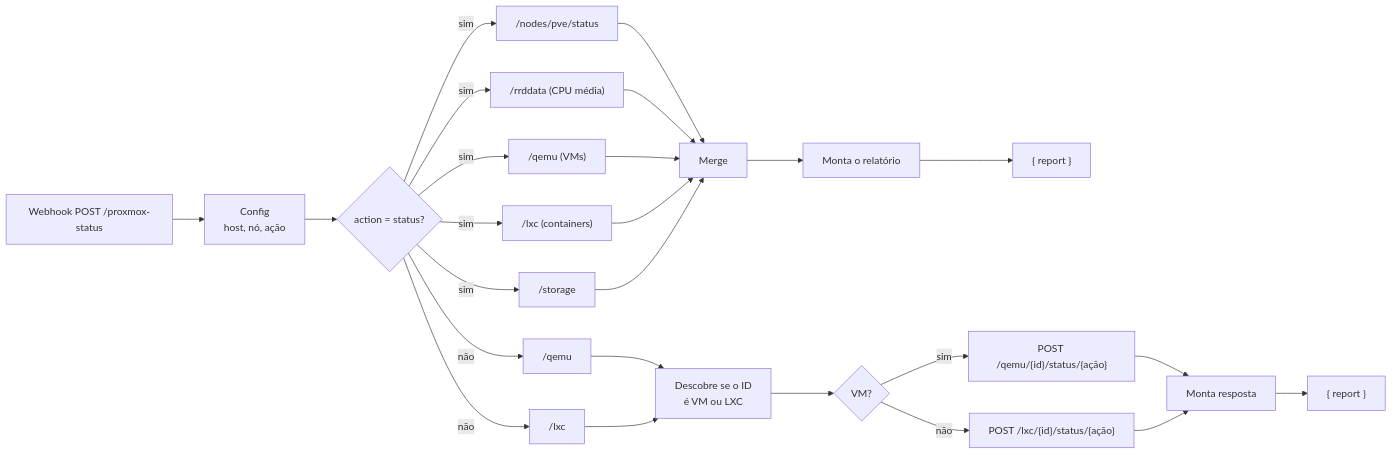
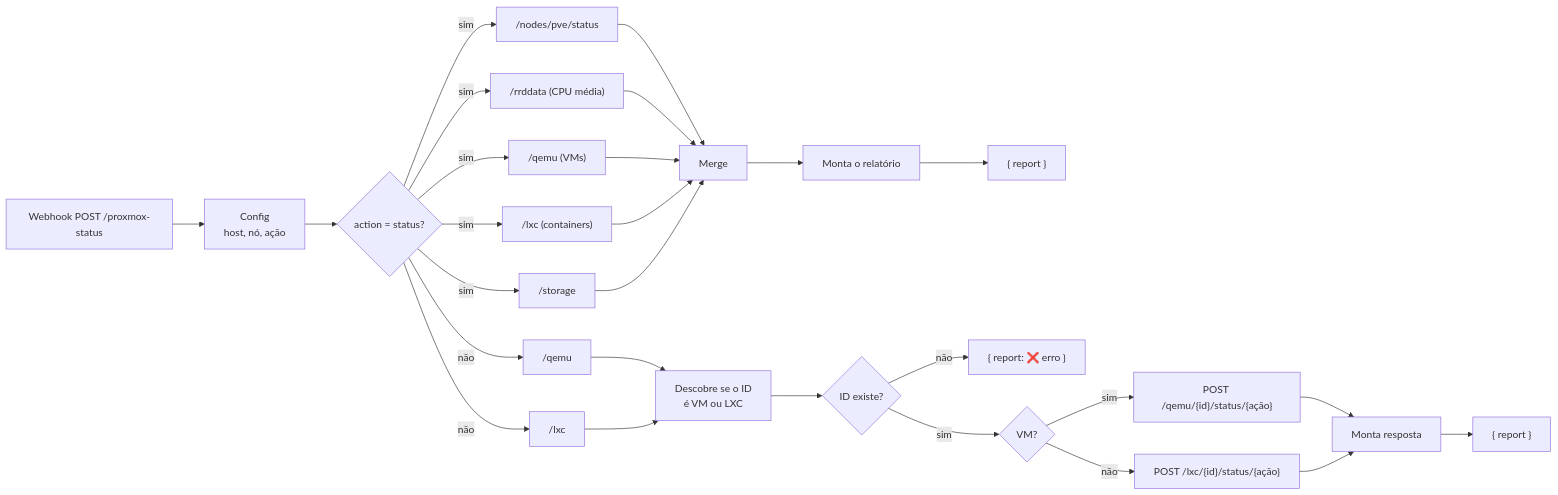
The diagram in n8n-workflows/proxmox-dashboard/README.md (xFnd/homelab-automations), drawn with Mermaid before and after one commit. The commit also changed other lines of this file and 1 other file, not shown here.

Commit message:
Proxmox: stop desliga pelo SO e erros de ação chegam no Discord
- !proxmox stop agora chama status/shutdown (desligamento pelo sistema
  operacional) em vez de status/stop, que cortava a energia na hora
- Detect Type não usa mais throw: ID inexistente, ação inválida ou
  Proxmox inacessível viram um { report } legível. Antes o workflow
  falhava antes do Respond, o n8n devolvia erro genérico e o bot
  mostrava "verifique se o workflow está ativo"
- Novo nó IF Target Found desvia os erros direto pro Respond Action
- Wrap VM/LXC List marcam se a listagem funcionou, pra diferenciar
  "ID não existe" de "não consegui falar com o Proxmox"
- README do workflow atualizado

Claude-Session: https://claude.ai/code/session_01RnebgmcBLzff2nxQ5Tr6ji

````diff
--- a/n8n-workflows/proxmox-dashboard/README.md
+++ b/n8n-workflows/proxmox-dashboard/README.md
@@ -7,19 +7,21 @@
 ```mermaid
 flowchart LR
     W["Webhook POST /proxmox-status"] --> C["Config<br/>host, nó, ação"]
     C --> S{"action = status?"}
 
     S -- sim --> N1["/nodes/pve/status"] --> M["Merge"]
     S -- sim --> N2["/rrddata (CPU média)"] --> M
     S -- sim --> N3["/qemu (VMs)"] --> M
     S -- sim --> N4["/lxc (containers)"] --> M
     S -- sim --> N5["/storage"] --> M
     M --> F["Monta o relatório"] --> R1["{ report }"]
 
     S -- não --> A1["/qemu"] --> D["Descobre se o ID<br/>é VM ou LXC"]
     S -- não --> A2["/lxc"] --> D
-    D --> Q{"VM?"}
+    D --> OK{"ID existe?"}
+    OK -- não --> R2["{ report: ❌ erro }"]
+    OK -- sim --> Q{"VM?"}
     Q -- sim --> E1["POST /qemu/{id}/status/{ação}"] --> FA["Monta resposta"]
     Q -- não --> E2["POST /lxc/{id}/status/{ação}"] --> FA
-    FA --> R2["{ report }"]
+    FA --> R3["{ report }"]
 ```
````
